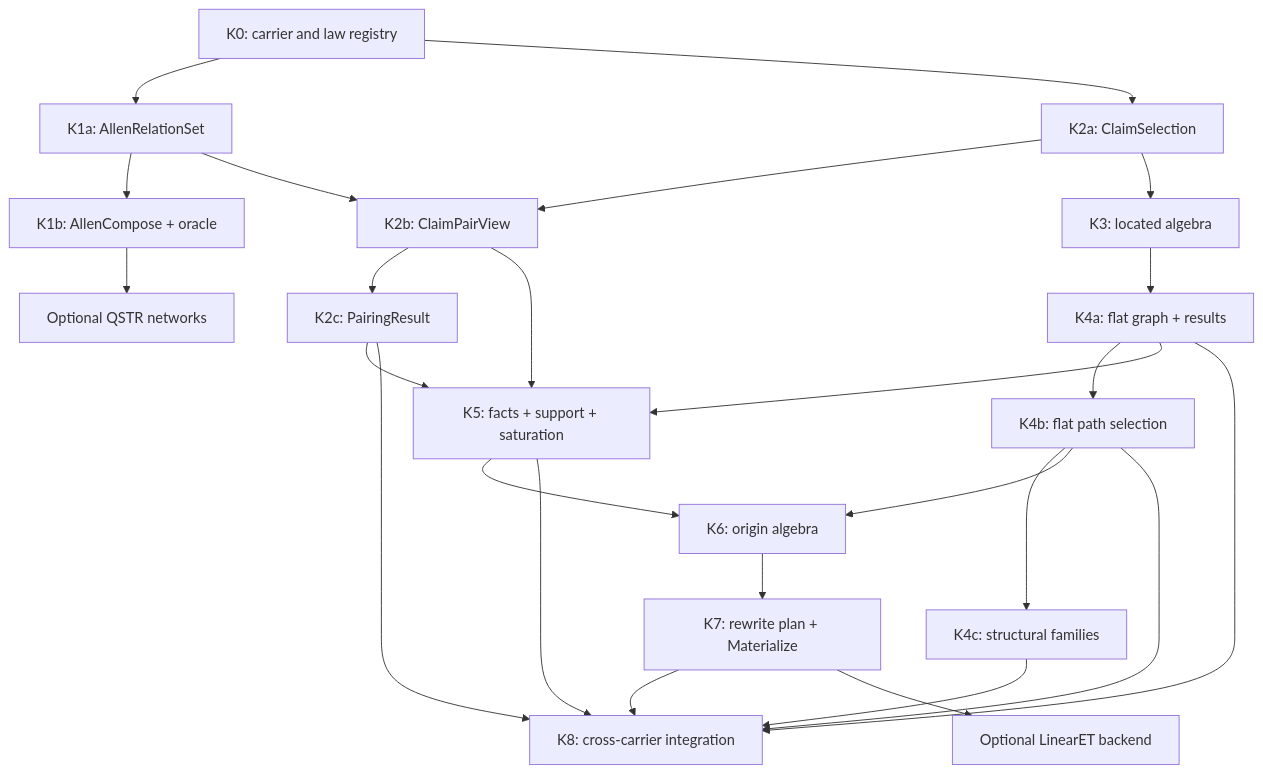
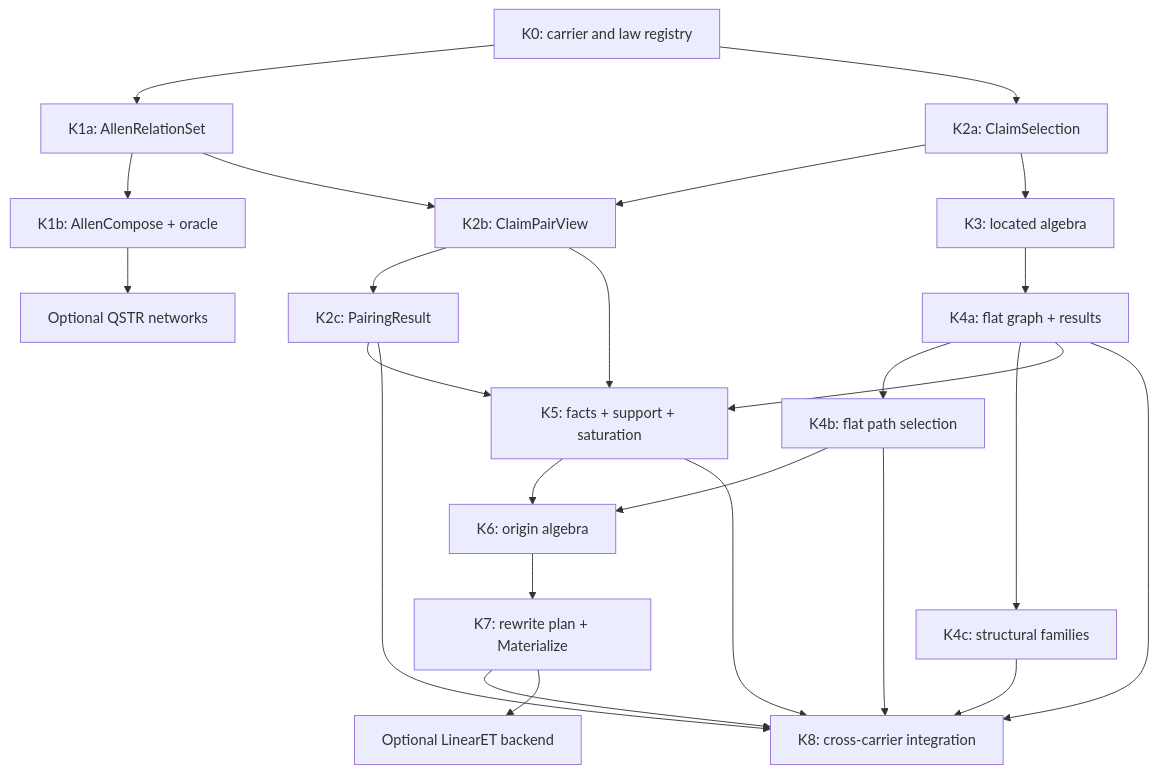
The diagram in issues/doccer/planning/architecture-expansion-workplan.md (aghado01/codex-scientiae), drawn with Mermaid before and after one commit. The commit also changed other lines of this file and 13 other files, not shown here.

```diff
--- a/issues/doccer/planning/architecture-expansion-workplan.md
+++ b/issues/doccer/planning/architecture-expansion-workplan.md
@@ -139,44 +139,44 @@
 ~~~mermaid
 flowchart TD
     K0["K0: carrier and law registry"]
     K1A["K1a: AllenRelationSet"]
     K1B["K1b: AllenCompose + oracle"]
     K2A["K2a: ClaimSelection"]
     K2B["K2b: ClaimPairView"]
     K2C["K2c: PairingResult"]
     K3["K3: located algebra"]
     K4A["K4a: flat graph + results"]
     K4B["K4b: flat path selection"]
     K4C["K4c: structural families"]
     K5["K5: facts + support + saturation"]
     K6["K6: origin algebra"]
     K7["K7: rewrite plan + Materialize"]
     W["K8: cross-carrier integration"]
     Q["Optional QSTR networks"]
     ET["Optional LinearET backend"]
 
     K0 --> K1A
     K1A --> K1B
     K0 --> K2A
     K1A --> K2B
     K2A --> K2B
     K2B --> K2C
     K2A --> K3
     K3 --> K4A
     K4A --> K4B
-    K4B --> K4C
+    K4A --> K4C
     K2B --> K5
     K2C --> K5
     K4A --> K5
     K4B --> K6
     K5 --> K6
     K6 --> K7
     K2C --> W
     K4A --> W
     K4B --> W
     K4C --> W
     K5 --> W
     K7 --> W
     K1B --> Q
     K7 --> ET
 ~~~
```
